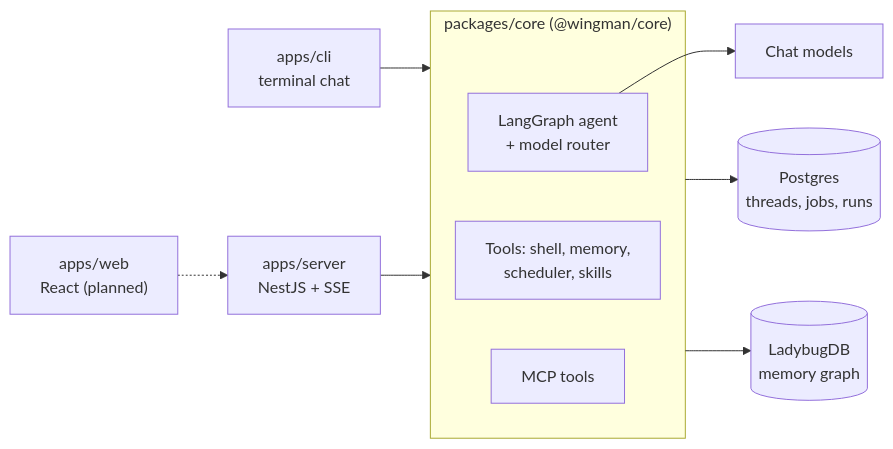
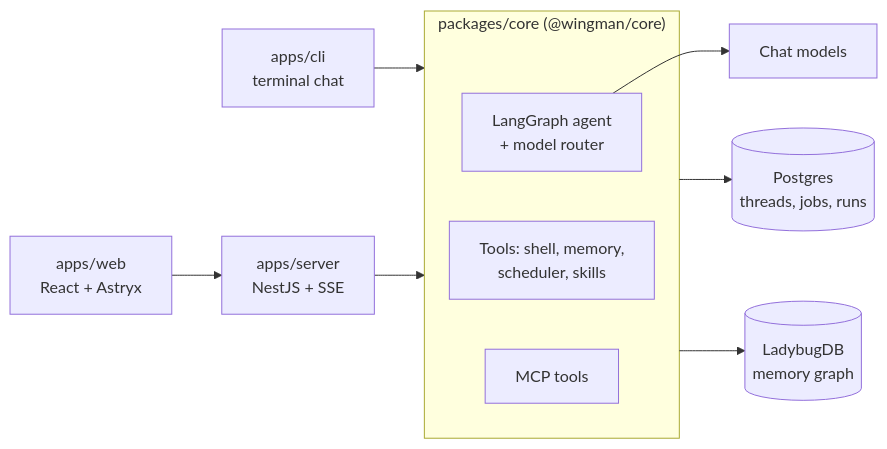
One commit to himansu9805/wingman-harness changed the diagram in README.md. Above: the diagram before and after it, drawn with Mermaid. The commit also changed other lines of this file and 43 other files, not shown here.

````diff
--- a/README.md
+++ b/README.md
@@ -52,16 +52,16 @@
 ```mermaid
 flowchart LR
     CLI["apps/cli<br/>terminal chat"] --> Core
     Server["apps/server<br/>NestJS + SSE"] --> Core
-    Web["apps/web<br/>React (planned)"] -.-> Server
+    Web["apps/web<br/>React + Astryx"] --> Server
 
     subgraph Core["packages/core (@wingman/core)"]
         Agent["LangGraph agent<br/>+ model router"]
         Tools["Tools: shell, memory,<br/>scheduler, skills"]
         MCP["MCP tools"]
     end
 
     Agent --> Models["Chat models"]
     Core --> PG[("Postgres<br/>threads, jobs, runs")]
     Core --> Graph[("LadybugDB<br/>memory graph")]
 ```
````
